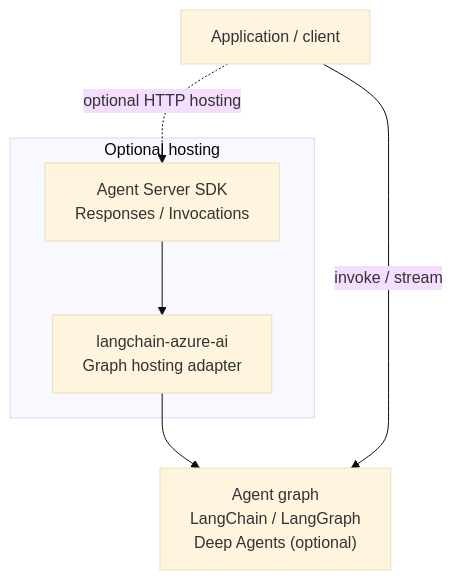
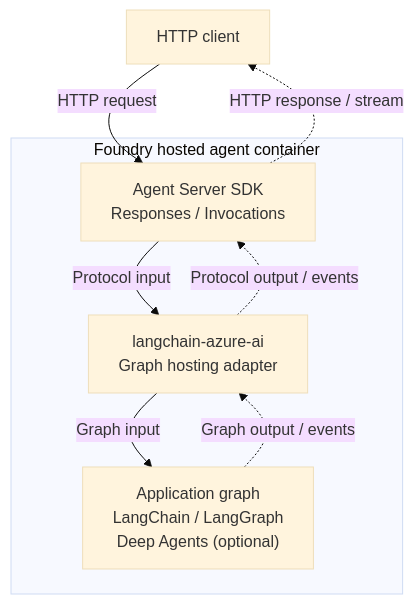
Before and after one commit to herohua/langchain-azure: the third of 4 diagrams in libs/azure-ai/docs/architecture.md, drawn with Mermaid (base theme). The commit also changed other lines of this file, not shown here.

Commit message:
docs(azure-ai): separate architecture layers from data flows

````diff
--- a/libs/azure-ai/docs/architecture.md
+++ b/libs/azure-ai/docs/architecture.md
@@ -92,13 +99,15 @@
 ```mermaid
 flowchart TB
-    caller["Application / client"]
-    subgraph hosting["Optional hosting"]
+    caller["HTTP client"]
+    subgraph hosting["Foundry hosted agent container"]
         server["Agent Server SDK<br/>Responses / Invocations"]
         adapter["langchain-azure-ai<br/>Graph hosting adapter"]
-        server --> adapter
+        workflow["Application graph<br/>LangChain / LangGraph<br/>Deep Agents (optional)"]
+        server -->|Protocol input| adapter
+        adapter -->|Graph input| workflow
+        workflow -.->|Graph output / events| adapter
+        adapter -.->|Protocol output / events| server
     end
-    workflow["Agent graph<br/>LangChain / LangGraph<br/>Deep Agents (optional)"]
-    adapter --> workflow
-    caller -->|invoke / stream| workflow
-    caller -.->|optional HTTP hosting| server
+    caller -->|HTTP request| server
+    server -.->|HTTP response / stream| caller
 ```
````
